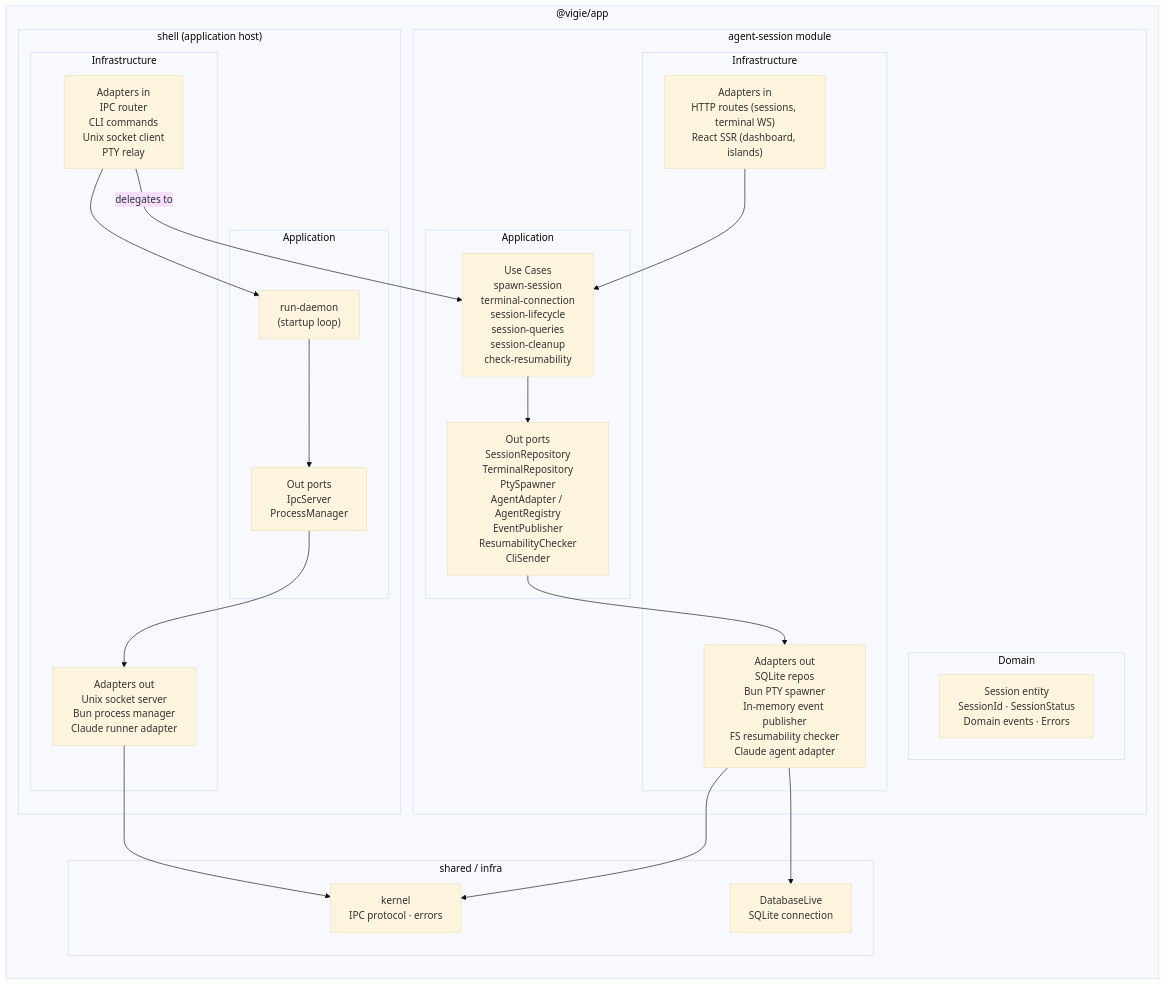
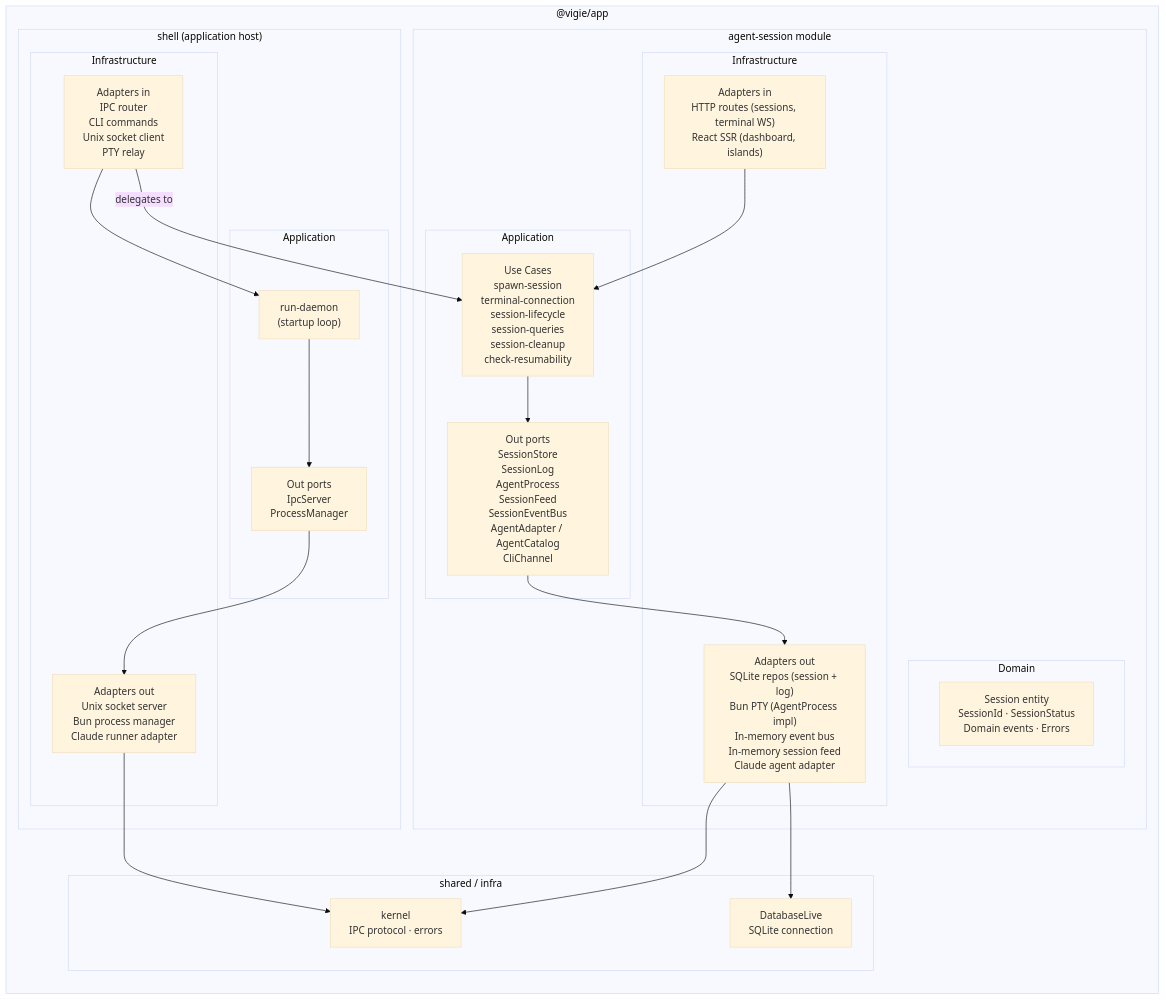
The first of 3 diagrams in docs/architecture/modules.md (get-tmonier/vigie), drawn with Mermaid (base theme) before and after one commit. The commit also changed other lines of this file and 2 other files, not shown here.

Commit message:
docs: update architecture diagrams and CLAUDE.md for port rename refactor

````diff
--- a/docs/architecture/modules.md
+++ b/docs/architecture/modules.md
@@ -7,45 +7,45 @@
 ```mermaid
 graph LR
     subgraph app["@vigie/app"]
         subgraph agent_session["agent-session module"]
             subgraph as_domain["Domain"]
                 AS_E["Session entity<br/>SessionId · SessionStatus<br/>Domain events · Errors"]
             end
             subgraph as_app["Application"]
                 AS_UC["Use Cases<br/>spawn-session<br/>terminal-connection<br/>session-lifecycle<br/>session-queries<br/>session-cleanup<br/>check-resumability"]
-                AS_PORT_OUT["Out ports<br/>SessionRepository<br/>TerminalRepository<br/>PtySpawner<br/>AgentAdapter / AgentRegistry<br/>EventPublisher<br/>ResumabilityChecker<br/>CliSender"]
+                AS_PORT_OUT["Out ports<br/>SessionStore<br/>SessionLog<br/>AgentProcess<br/>SessionFeed<br/>SessionEventBus<br/>AgentAdapter / AgentCatalog<br/>CliChannel"]
             end
             subgraph as_infra["Infrastructure"]
                 AS_IN["Adapters in<br/>HTTP routes (sessions, terminal WS)<br/>React SSR (dashboard, islands)"]
-                AS_OUT["Adapters out<br/>SQLite repos<br/>Bun PTY spawner<br/>In-memory event publisher<br/>FS resumability checker<br/>Claude agent adapter"]
+                AS_OUT["Adapters out<br/>SQLite repos (session + log)<br/>Bun PTY (AgentProcess impl)<br/>In-memory event bus<br/>In-memory session feed<br/>Claude agent adapter"]
             end
         end
 
         subgraph shell_mod["shell (application host)"]
             subgraph s_app["Application"]
                 S_UC["run-daemon<br/>(startup loop)"]
                 S_PORT_OUT["Out ports<br/>IpcServer<br/>ProcessManager"]
             end
             subgraph s_infra["Infrastructure"]
                 S_IN["Adapters in<br/>IPC router<br/>CLI commands<br/>Unix socket client<br/>PTY relay"]
                 S_OUT["Adapters out<br/>Unix socket server<br/>Bun process manager<br/>Claude runner adapter"]
             end
         end
 
         subgraph shared["shared / infra"]
             KERNEL["kernel<br/>IPC protocol · errors"]
             DB["DatabaseLive<br/>SQLite connection"]
         end
     end
 
     AS_PORT_OUT --> AS_OUT
     AS_IN --> AS_UC
     AS_UC --> AS_PORT_OUT
     S_IN -->|"delegates to"| AS_UC
     S_IN --> S_UC
     S_UC --> S_PORT_OUT
     S_PORT_OUT --> S_OUT
     AS_OUT --> DB
     S_OUT --> KERNEL
     AS_OUT --> KERNEL
 ```
````
